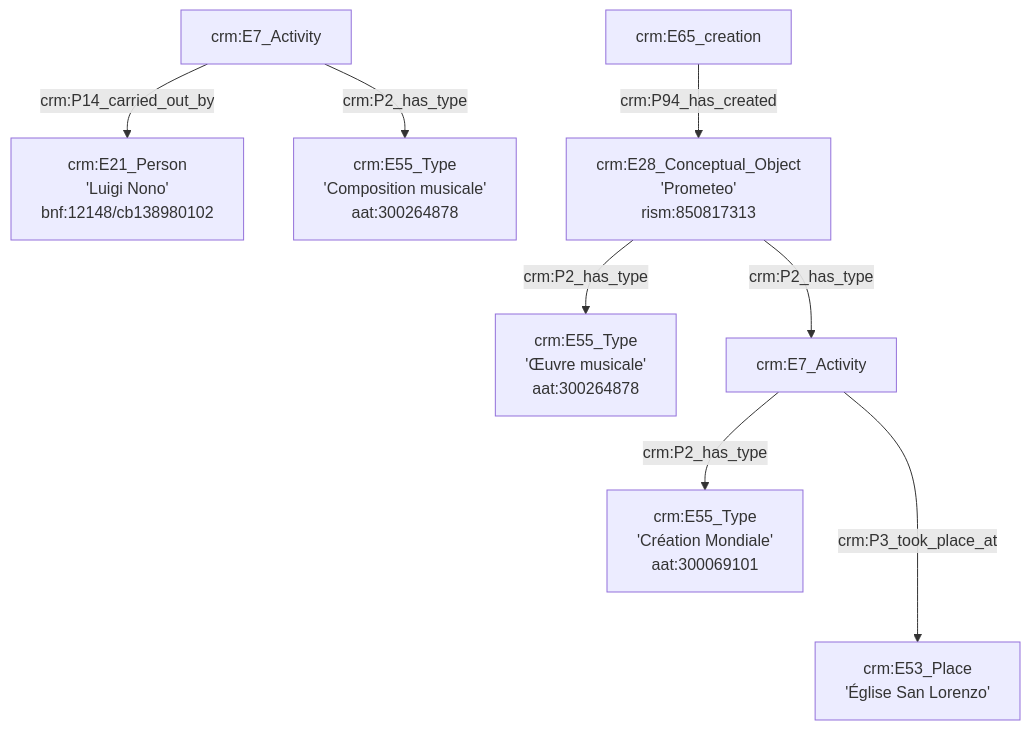
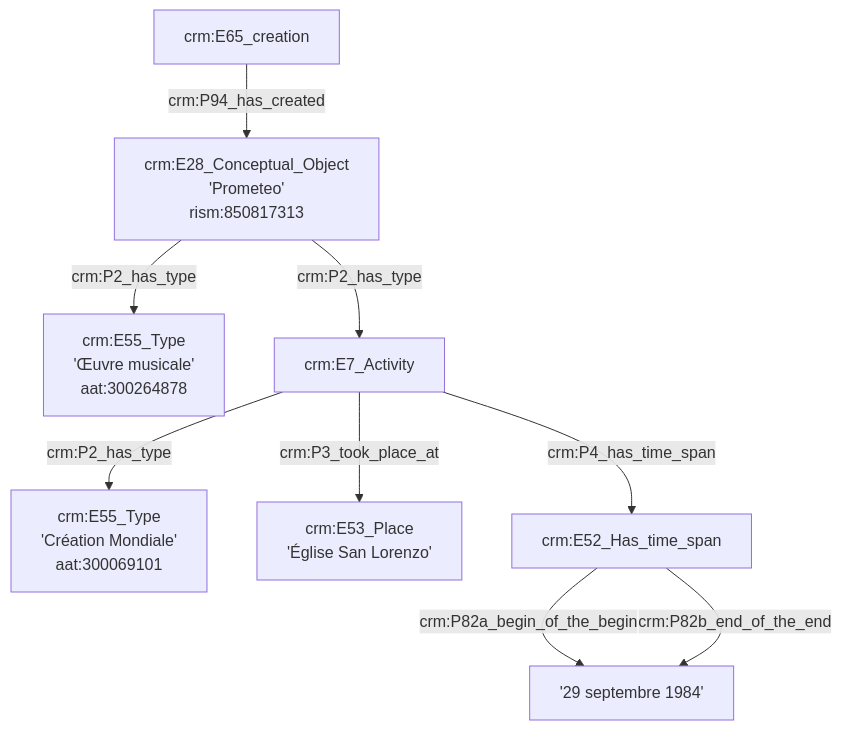
The second of 5 diagrams in Exemple1.md (GusBraud/OntoMatchGameGus), drawn with Mermaid before and after one commit. The commit also changed other lines of this file, not shown here.

````diff
--- a/Exemple1.md
+++ b/Exemple1.md
@@ -15,15 +15,13 @@
 ```mermaid
 graph TD;
-
-
-A[crm:E7_Activity] --> |crm:P14_carried_out_by| B[crm:E21_Person<br>'Luigi Nono'<br>bnf:12148/cb138980102]
-A[crm:E7_Activity] --> |crm:P2_has_type| C[crm:E55_Type<br>'Composition musicale'<br>aat:300264878]
 
 D[crm:E65_creation] --> |crm:P94_has_created| E[crm:E28_Conceptual_Object<br>'Prometeo'<br>rism:850817313]
 E[crm:E28_Conceptual_Object<br>'Prometeo'<br>rism:850817313] --> |crm:P2_has_type| F[crm:E55_Type<br>'Œuvre musicale'<br>aat:300264878]
 E[crm:E28_Conceptual_Object<br>'Prometeo'<br>rism:850817313] --> |crm:P2_has_type| G[crm:E7_Activity]
 G[crm:E7_Activity] --> |crm:P2_has_type| H[crm:E55_Type<br>'Création Mondiale'<br>aat:300069101]
-G[crm:E7_Activity] ---> |crm:P3_took_place_at| I[crm:E53_Place<br>'Église San Lorenzo']
-
+G[crm:E7_Activity] --> |crm:P3_took_place_at| I[crm:E53_Place<br>'Église San Lorenzo']
+G[crm:E7_Activity] --> |crm:P4_has_time_span| J[crm:E52_Has_time_span]
+J[crm:E52_Has_time_span] --> |crm:P82a_begin_of_the_begin| K['29 septembre 1984']
+J[crm:E52_Has_time_span] --> |crm:P82b_end_of_the_end| K['29 septembre 1984']
 
 ```
````
